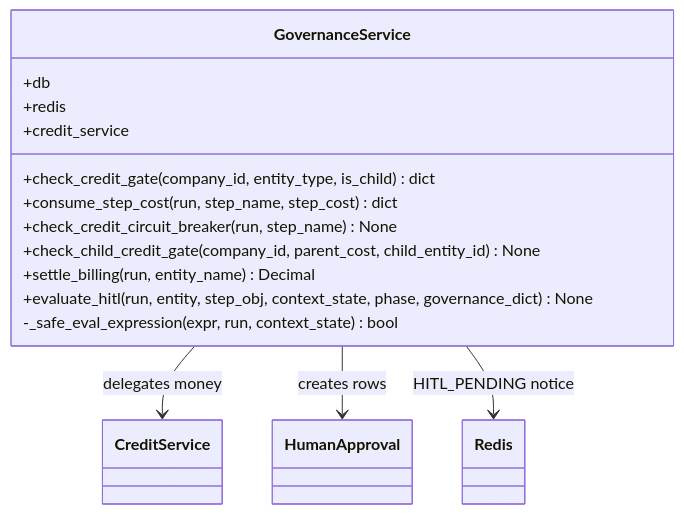
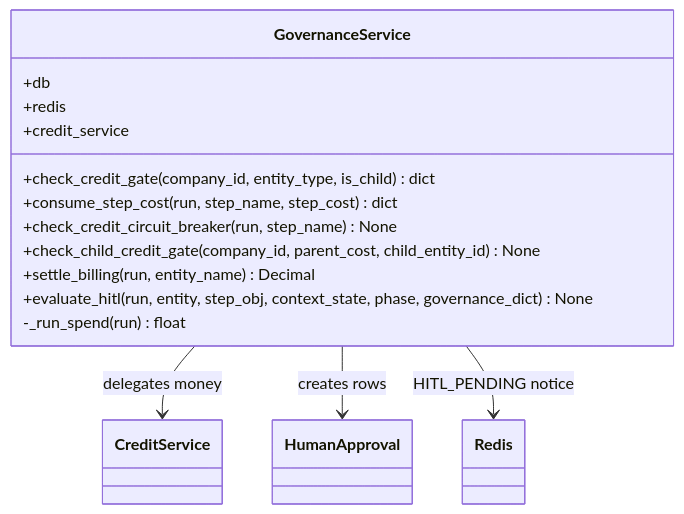
One commit to gondolerahul/hire-buddha-app changed the second of 13 diagrams in docs/current/15-governance-and-hitl.md. Above: the diagram before and after it, drawn with Mermaid. The commit also changed other lines of this file and 8 other files, not shown here.

````diff
--- a/docs/current/15-governance-and-hitl.md
+++ b/docs/current/15-governance-and-hitl.md
@@ -154,18 +154,18 @@
 ```mermaid
 classDiagram
     class GovernanceService {
         +db
         +redis
         +credit_service
         +check_credit_gate(company_id, entity_type, is_child) dict
         +consume_step_cost(run, step_name, step_cost) dict
         +check_credit_circuit_breaker(run, step_name) None
         +check_child_credit_gate(company_id, parent_cost, child_entity_id) None
         +settle_billing(run, entity_name) Decimal
         +evaluate_hitl(run, entity, step_obj, context_state, phase, governance_dict) None
-        -_safe_eval_expression(expr, run, context_state) bool
+        -_run_spend(run) float
     }
     GovernanceService --> CreditService : delegates money
     GovernanceService --> HumanApproval : creates rows
     GovernanceService --> Redis : HITL_PENDING notice
 ```
````
